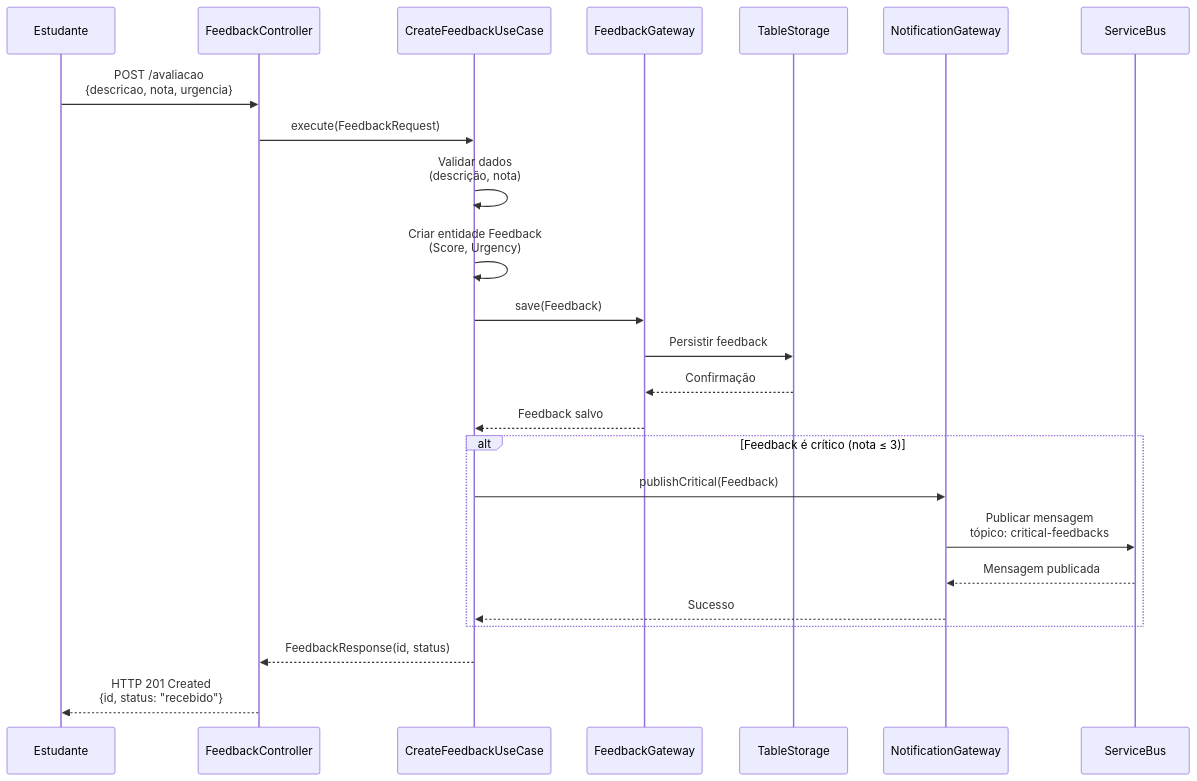
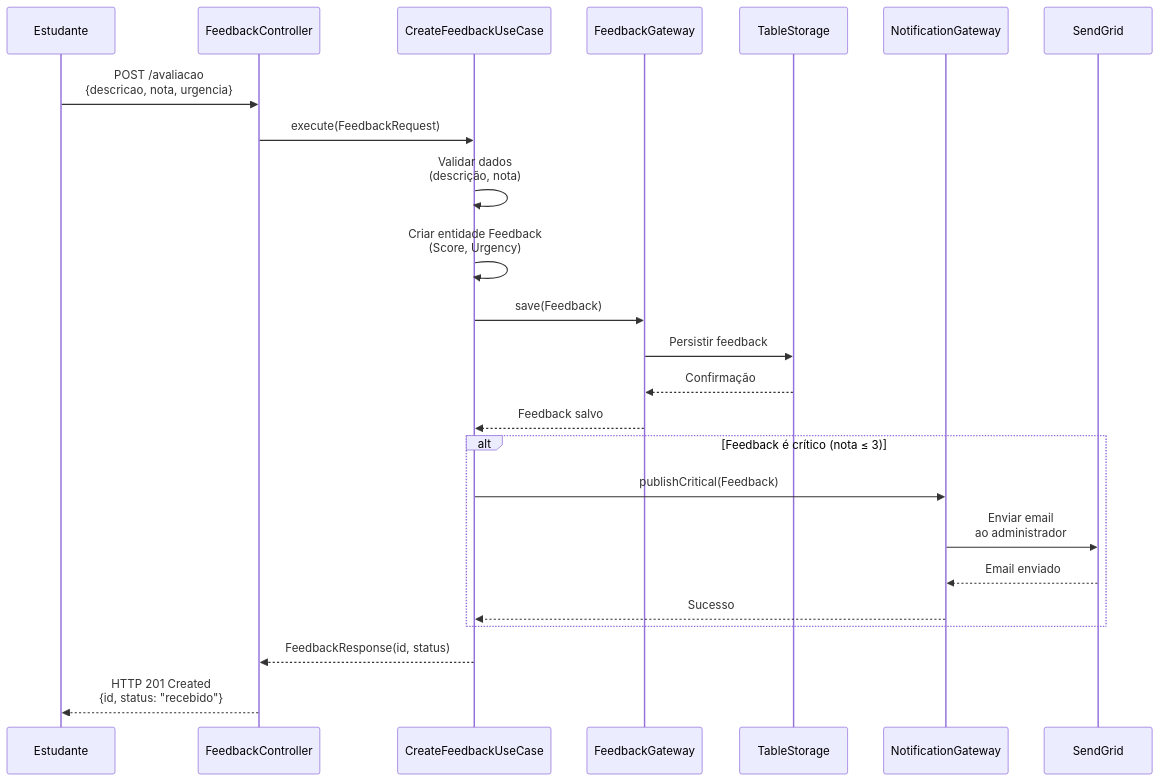
The second of 9 diagrams in README.md (luizffdemoraes/feedback-sync), drawn with Mermaid before and after one commit. The commit also changed other lines of this file and 30 other files, not shown here.

````diff
--- a/README.md
+++ b/README.md
@@ -368,32 +360,32 @@
 ```mermaid
 sequenceDiagram
     participant Estudante
     participant FeedbackController
     participant CreateFeedbackUseCase
     participant FeedbackGateway
     participant TableStorage
     participant NotificationGateway
-    participant ServiceBus
+    participant SendGrid
 
     Estudante->>FeedbackController: POST /avaliacao<br/>{descricao, nota, urgencia}
     
     FeedbackController->>CreateFeedbackUseCase: execute(FeedbackRequest)
     
     CreateFeedbackUseCase->>CreateFeedbackUseCase: Validar dados<br/>(descrição, nota)
     CreateFeedbackUseCase->>CreateFeedbackUseCase: Criar entidade Feedback<br/>(Score, Urgency)
     
     CreateFeedbackUseCase->>FeedbackGateway: save(Feedback)
     FeedbackGateway->>TableStorage: Persistir feedback
     TableStorage-->>FeedbackGateway: Confirmação
     FeedbackGateway-->>CreateFeedbackUseCase: Feedback salvo
     
     alt Feedback é crítico (nota ≤ 3)
         CreateFeedbackUseCase->>NotificationGateway: publishCritical(Feedback)
-        NotificationGateway->>ServiceBus: Publicar mensagem<br/>tópico: critical-feedbacks
-        ServiceBus-->>NotificationGateway: Mensagem publicada
+        NotificationGateway->>SendGrid: Enviar email<br/>ao administrador
+        SendGrid-->>NotificationGateway: Email enviado
         NotificationGateway-->>CreateFeedbackUseCase: Sucesso
     end
     
     CreateFeedbackUseCase-->>FeedbackController: FeedbackResponse(id, status)
     FeedbackController-->>Estudante: HTTP 201 Created<br/>{id, status: "recebido"}
 ```
````
